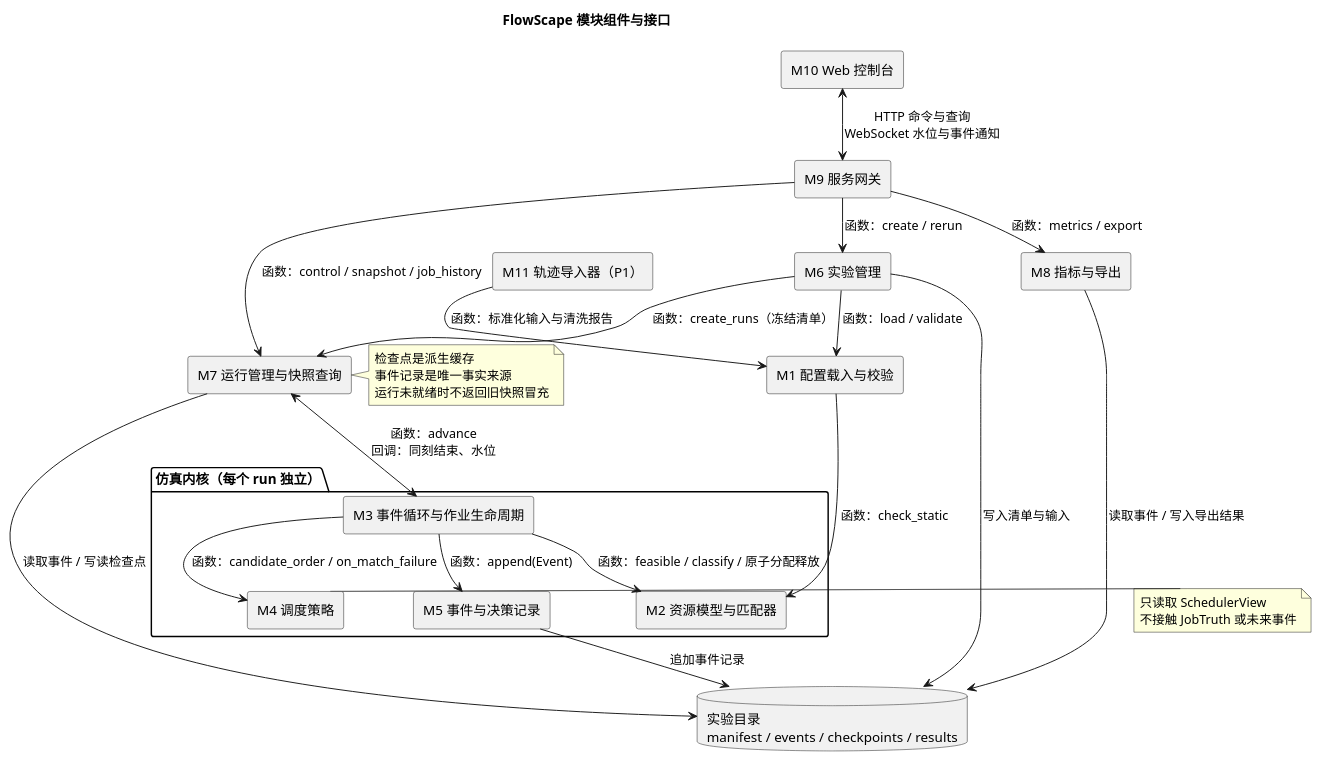
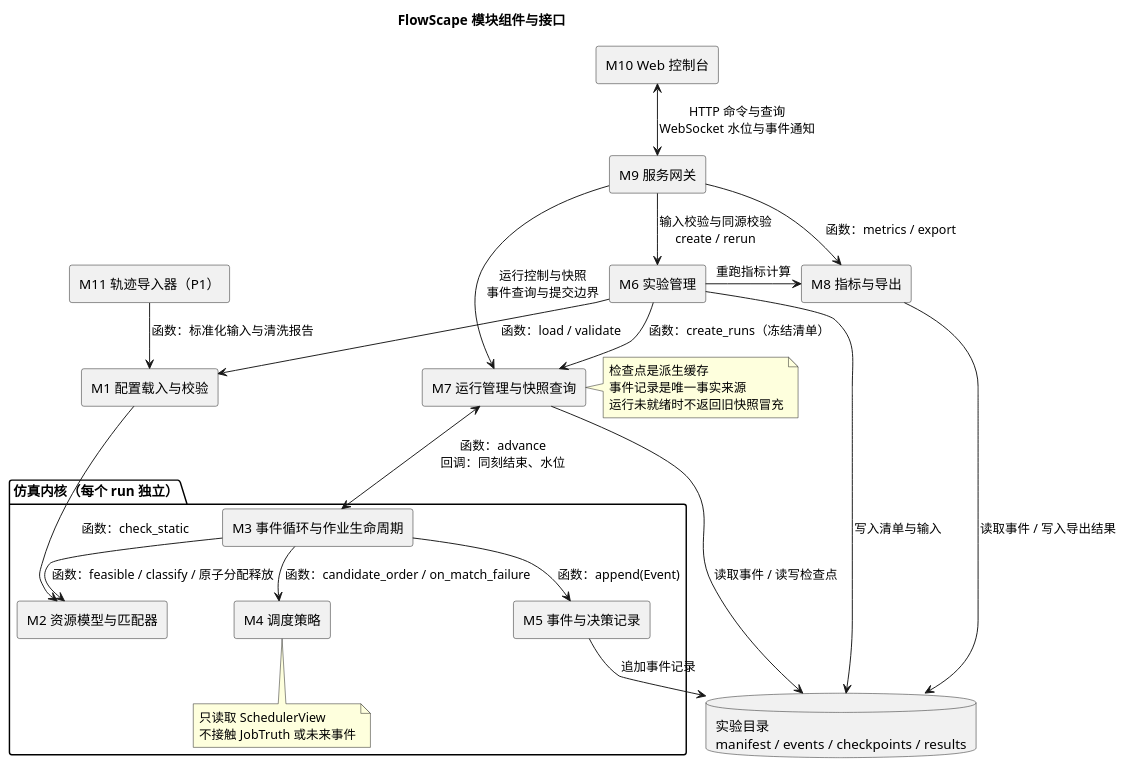
Before and after one commit to Sugaria0427/FlowScape: the diagram in 概要设计/diagrams/system-components.puml, drawn with PlantUML. The commit also changed 5 other files, not shown here.

```diff
--- a/概要设计/diagrams/system-components.puml
+++ b/概要设计/diagrams/system-components.puml
@@ -1,45 +1,46 @@
 @startuml
 !pragma layout smetana
 title FlowScape 模块组件与接口
 skinparam componentStyle rectangle
 top to bottom direction
 component "M10 Web 控制台" as M10
 component "M9 服务网关" as M9
 component "M6 实验管理" as M6
 component "M7 运行管理与快照查询" as M7
 component "M8 指标与导出" as M8
 component "M1 配置载入与校验" as M1
 component "M11 轨迹导入器（P1）" as M11
 package "仿真内核（每个 run 独立）" {
 component "M3 事件循环与作业生命周期" as M3
 component "M4 调度策略" as M4
 component "M2 资源模型与匹配器" as M2
 component "M5 事件与决策记录" as M5
+note bottom of M4
+只读取 SchedulerView
+不接触 JobTruth 或未来事件
+end note
 }
 database "实验目录\nmanifest / events / checkpoints / results" as Store
 M10 <--> M9 : HTTP 命令与查询\nWebSocket 水位与事件通知
-M9 --> M6 : 函数：create / rerun
-M9 --> M7 : 函数：control / snapshot / job_history
+M9 --> M6 : 输入校验与同源校验\ncreate / rerun
+M9 --> M7 : 运行控制与快照\n事件查询与提交边界
 M9 --> M8 : 函数：metrics / export
 M6 --> M1 : 函数：load / validate
 M11 --> M1 : 函数：标准化输入与清洗报告
 M1 --> M2 : 函数：check_static
 M6 --> M7 : 函数：create_runs（冻结清单）
 M7 <--> M3 : 函数：advance\n回调：同刻结束、水位
 M3 --> M4 : 函数：candidate_order / on_match_failure
 M3 --> M2 : 函数：feasible / classify / 原子分配释放
 M3 --> M5 : 函数：append(Event)
 M5 --> Store : 追加事件记录
 M6 --> Store : 写入清单与输入
-M7 --> Store : 读取事件 / 写读检查点
+M7 --> Store : 读取事件 / 读写检查点
 M8 --> Store : 读取事件 / 写入导出结果
-note right of M4
-只读取 SchedulerView
-不接触 JobTruth 或未来事件
-end note
+M6 -right-> M8 : 重跑指标计算
 note right of M7
 检查点是派生缓存
 事件记录是唯一事实来源
 运行未就绪时不返回旧快照冒充
 end note
 @enduml
```
